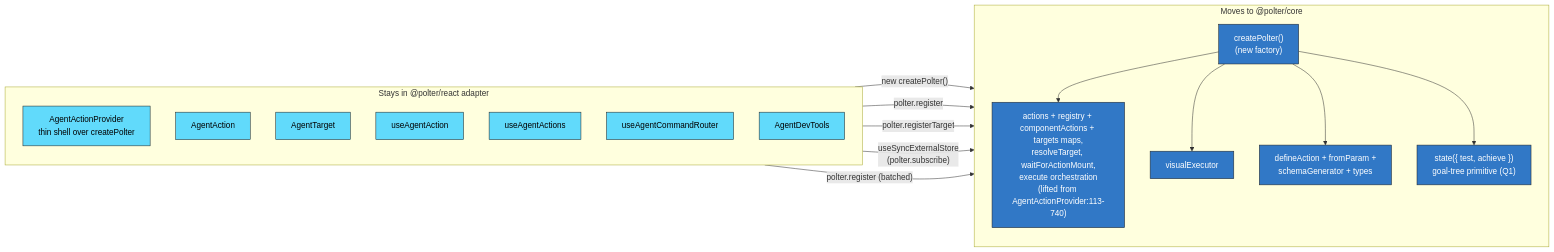
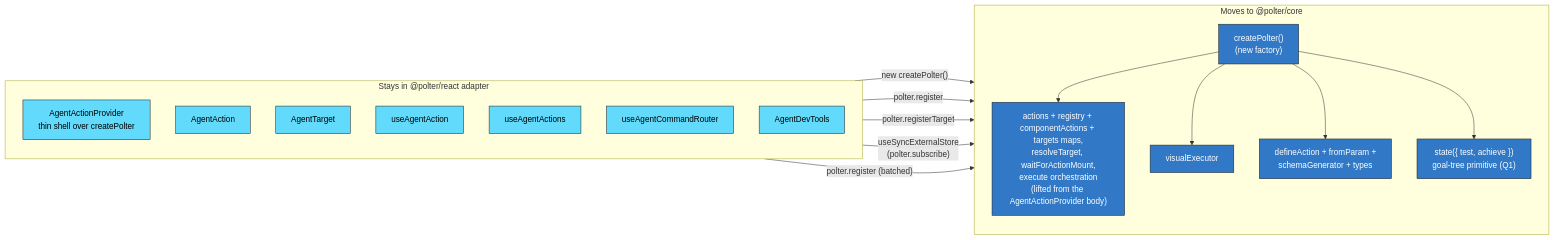
Before and after one commit to myDataValue/polter: the second of 6 diagrams in docs/architecture.md, drawn with Mermaid. The commit also changed other lines of this file, not shown here.

Commit message:
sync: import Polter from monorepo 3578247e4a68
Source: myDataValue/monorepo@3578247e4a68e57f90effa5c20b5f267b43fbf05

````diff
--- a/docs/architecture.md
+++ b/docs/architecture.md
@@ -68,35 +68,35 @@
 ```mermaid
 flowchart LR
   classDef react fill:#61dafb,stroke:#222,color:#000
   classDef core fill:#3178c6,stroke:#222,color:#fff
 
   subgraph stays["Stays in @polter/react adapter"]
     direction TB
     Provider2[AgentActionProvider<br/>thin shell over createPolter]:::react
     AAction2[AgentAction]:::react
     ATarget2[AgentTarget]:::react
     UseAction2[useAgentAction]:::react
     UseActions2[useAgentActions]:::react
     UseRouter2[useAgentCommandRouter]:::react
     DevTools2[AgentDevTools]:::react
   end
 
   subgraph moves["Moves to @polter/core"]
     direction TB
     CreatePolter["createPolter()<br/>(new factory)"]:::core
-    RegistryLogic["actions + registry + componentActions + targets maps,<br/>resolveTarget, waitForActionMount,<br/>execute orchestration<br/>(lifted from AgentActionProvider:113-740)"]:::core
+    RegistryLogic["actions + registry + componentActions + targets maps,<br/>resolveTarget, waitForActionMount,<br/>execute orchestration<br/>(lifted from the AgentActionProvider body)"]:::core
     Exec2[visualExecutor]:::core
     Core2["defineAction + fromParam +<br/>schemaGenerator + types"]:::core
     GoalTree["state({ test, achieve })<br/>goal-tree primitive (Q1)"]:::core
   end
 
   Provider2 -->|"new createPolter()"| CreatePolter
   AAction2 -->|"polter.register"| CreatePolter
   ATarget2 -->|"polter.registerTarget"| CreatePolter
   UseActions2 -->|"useSyncExternalStore<br/>(polter.subscribe)"| CreatePolter
   UseAction2 -->|"polter.register (batched)"| CreatePolter
   CreatePolter --> RegistryLogic
   CreatePolter --> Exec2
   CreatePolter --> Core2
   CreatePolter --> GoalTree
 ```
````
